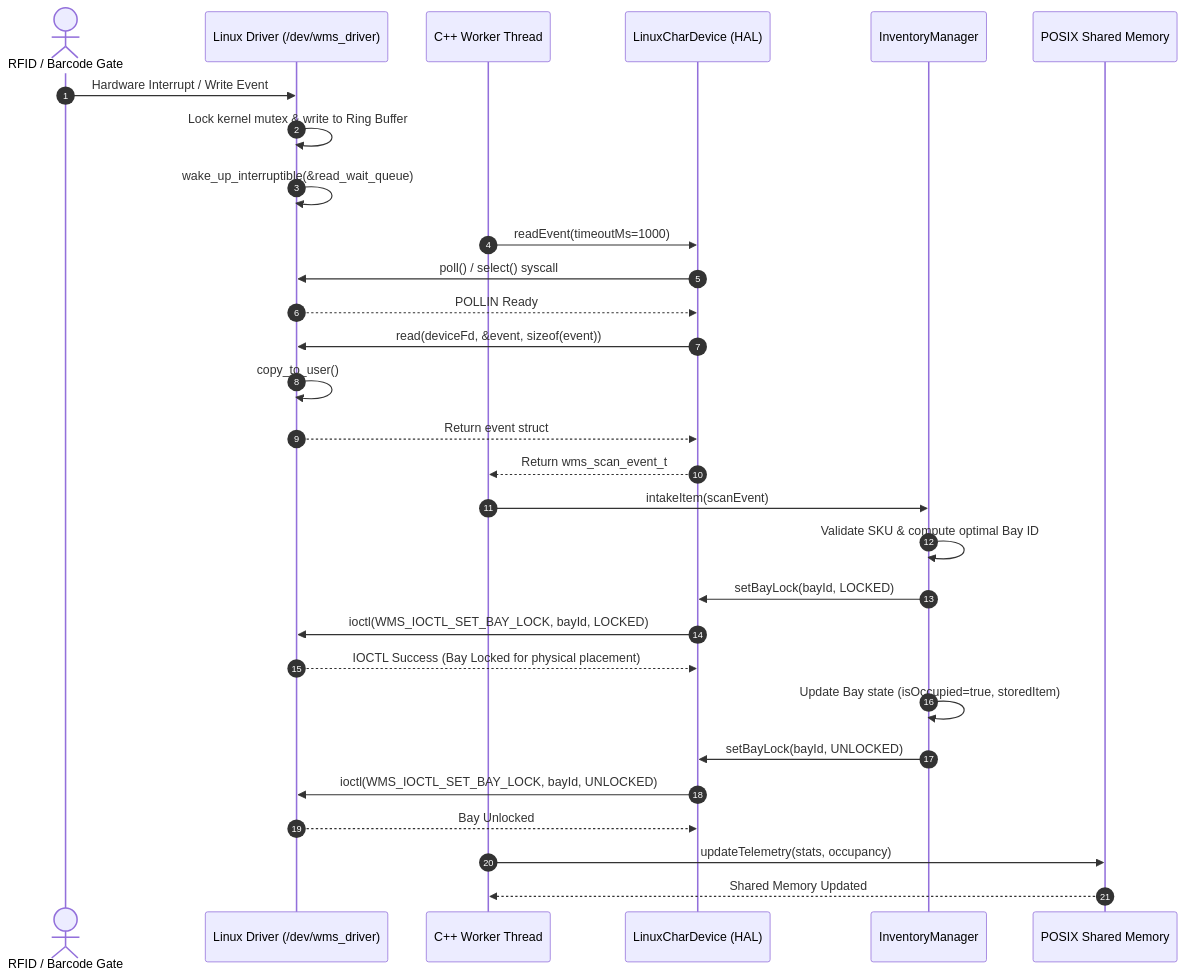
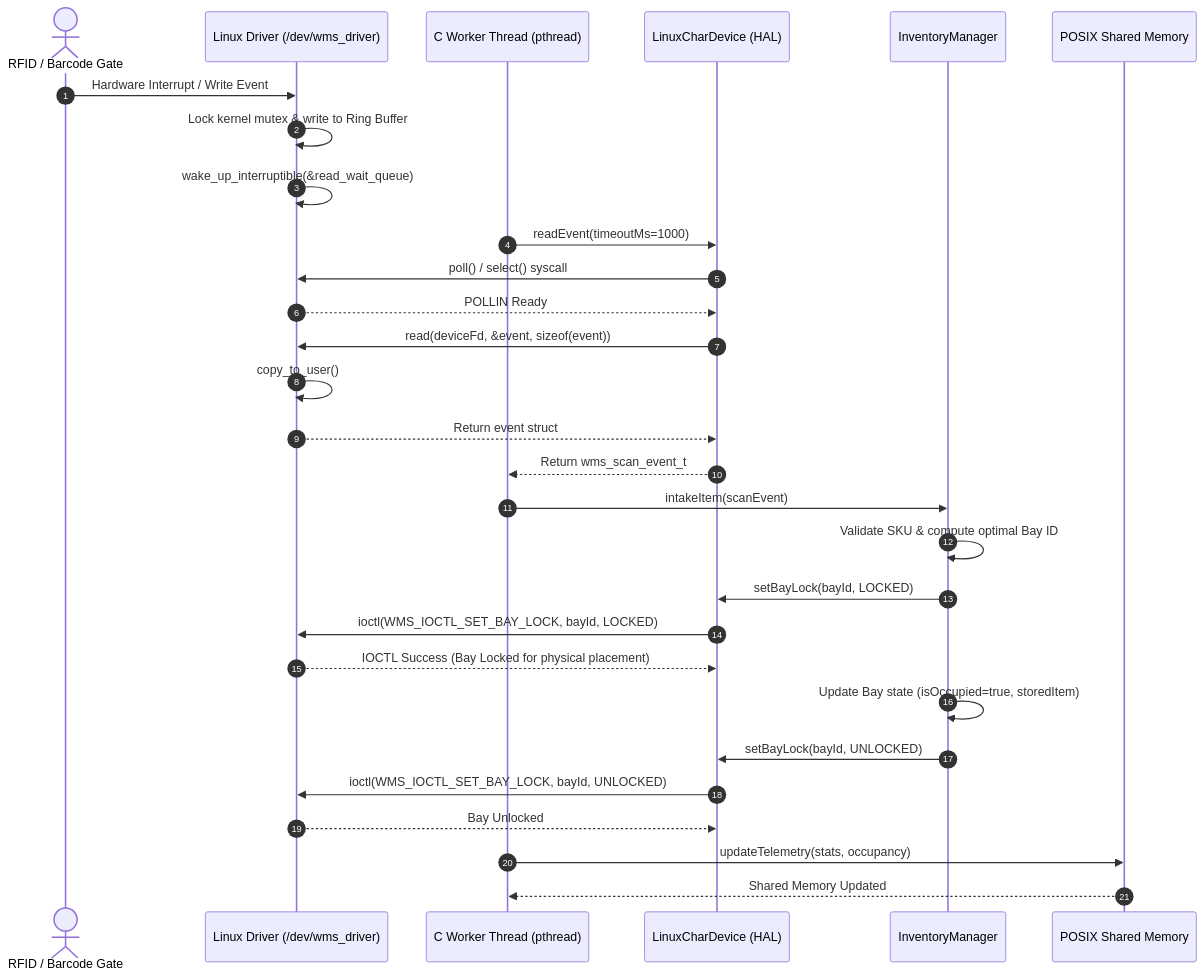
One commit to Parameshwar-Sahoo/warehouse-system-c changed the third of 4 diagrams in docs/STAGE3_SYSTEM_ARCHITECTURE.md. Above: the diagram before and after it, drawn with Mermaid. The commit also changed other lines of this file and 6 other files, not shown here.

````diff
--- a/docs/STAGE3_SYSTEM_ARCHITECTURE.md
+++ b/docs/STAGE3_SYSTEM_ARCHITECTURE.md
@@ -239,35 +239,35 @@
 ```mermaid
 sequenceDiagram
     autonumber
     actor Scanner as RFID / Barcode Gate
     participant Kernel as Linux Driver (/dev/wms_driver)
-    participant Worker as C++ Worker Thread
+    participant Worker as C Worker Thread (pthread)
     participant HAL as LinuxCharDevice (HAL)
     participant IM as InventoryManager
     participant SHM as POSIX Shared Memory
 
     Scanner->>Kernel: Hardware Interrupt / Write Event
     Kernel->>Kernel: Lock kernel mutex & write to Ring Buffer
     Kernel->>Kernel: wake_up_interruptible(&read_wait_queue)
     
     Worker->>HAL: readEvent(timeoutMs=1000)
     HAL->>Kernel: poll() / select() syscall
     Kernel-->>HAL: POLLIN Ready
     HAL->>Kernel: read(deviceFd, &event, sizeof(event))
     Kernel->>Kernel: copy_to_user()
     Kernel-->>HAL: Return event struct
     HAL-->>Worker: Return wms_scan_event_t
 
     Worker->>IM: intakeItem(scanEvent)
     IM->>IM: Validate SKU & compute optimal Bay ID
     IM->>HAL: setBayLock(bayId, LOCKED)
     HAL->>Kernel: ioctl(WMS_IOCTL_SET_BAY_LOCK, bayId, LOCKED)
     Kernel-->>HAL: IOCTL Success (Bay Locked for physical placement)
     IM->>IM: Update Bay state (isOccupied=true, storedItem)
     IM->>HAL: setBayLock(bayId, UNLOCKED)
     HAL->>Kernel: ioctl(WMS_IOCTL_SET_BAY_LOCK, bayId, UNLOCKED)
     Kernel-->>HAL: Bay Unlocked
 
     Worker->>SHM: updateTelemetry(stats, occupancy)
     SHM-->>Worker: Shared Memory Updated
 ```
````
